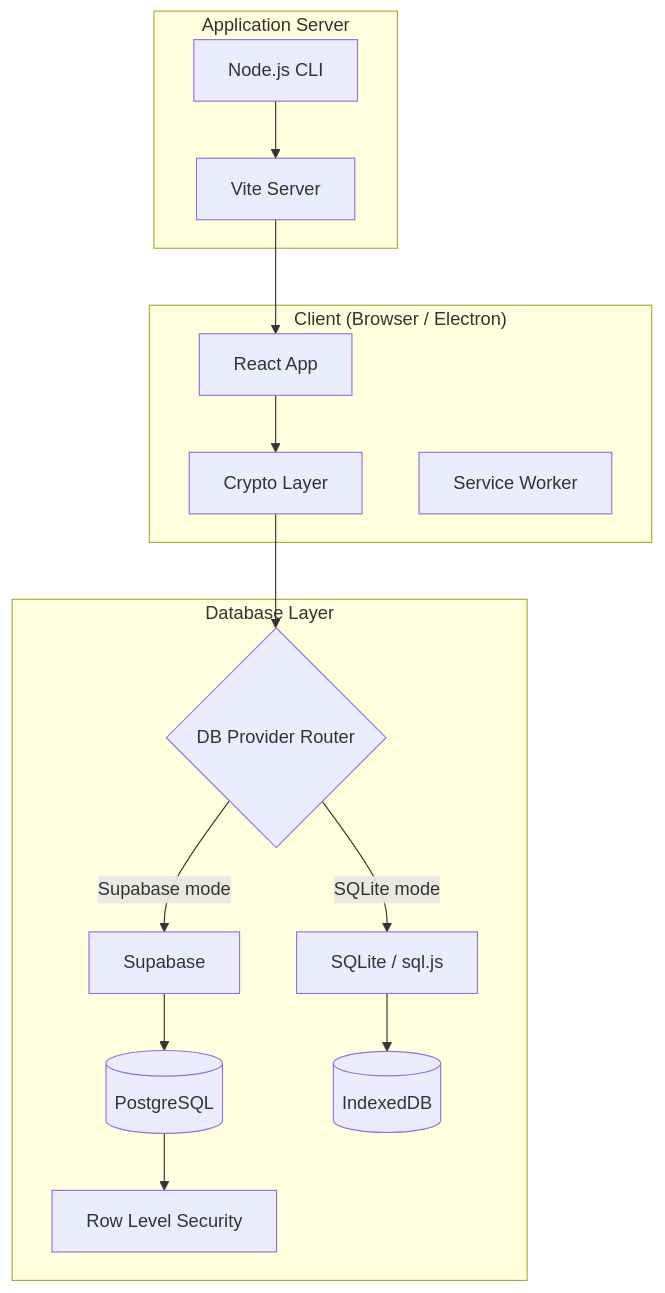
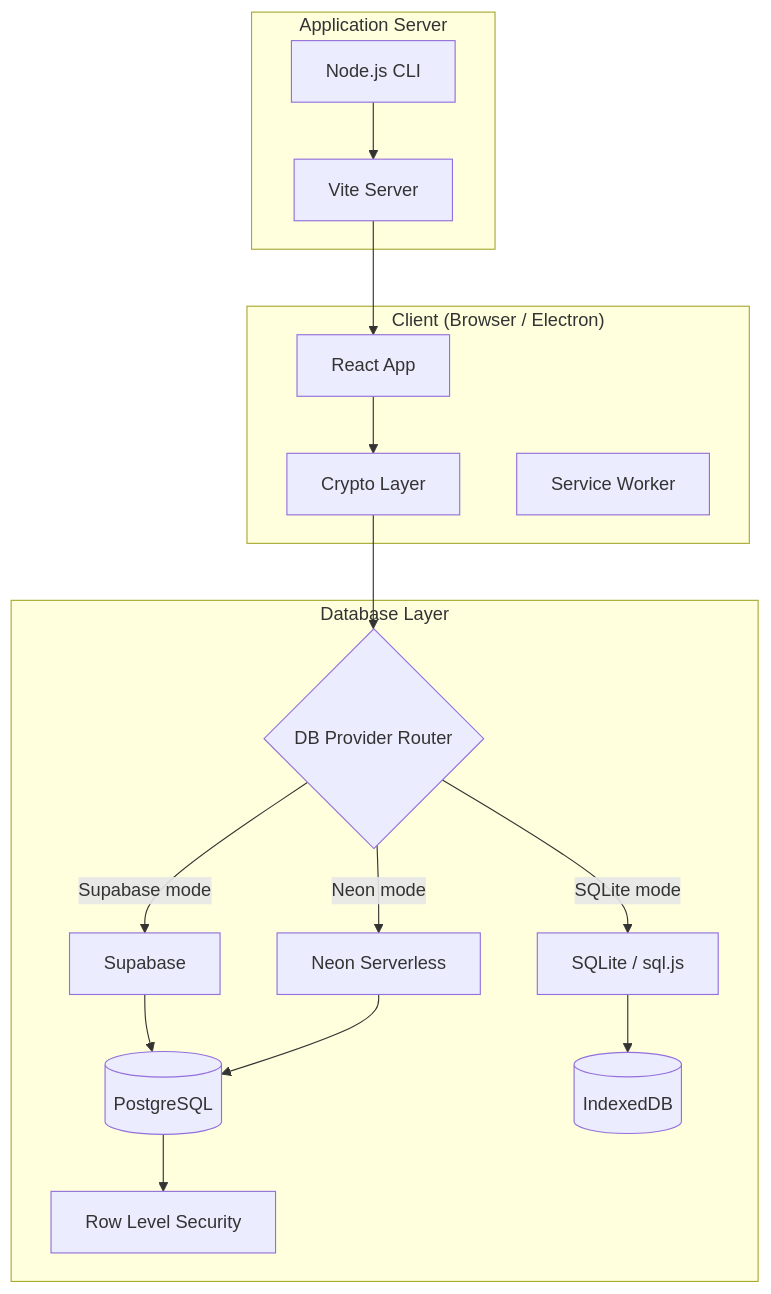
The first of 2 diagrams in OVERVIEW.md (CLOUDPIXEL-LAB/keyper), drawn with Mermaid before and after one commit. The commit also changed other lines of this file and 23 other files, not shown here.

````diff
--- a/OVERVIEW.md
+++ b/OVERVIEW.md
@@ -58,32 +58,35 @@
 ```mermaid
 graph TB
     subgraph "Client (Browser / Electron)"
         UI[React App]
         Crypto[Crypto Layer]
         PWA[Service Worker]
     end
 
     subgraph "Application Server"
         CLI[Node.js CLI]
         Vite[Vite Server]
     end
 
     subgraph "Database Layer"
         Router{DB Provider Router}
         Supabase[Supabase]
+        Neon[Neon Serverless]
         SQLite[SQLite / sql.js]
         PG[(PostgreSQL)]
         IDB[(IndexedDB)]
         RLS[Row Level Security]
     end
 
     UI --> Crypto
     Crypto --> Router
     Router -->|Supabase mode| Supabase
+    Router -->|Neon mode| Neon
     Router -->|SQLite mode| SQLite
     CLI --> Vite
     Vite --> UI
     Supabase --> PG
+    Neon --> PG
     PG --> RLS
     SQLite --> IDB
 ```
````
